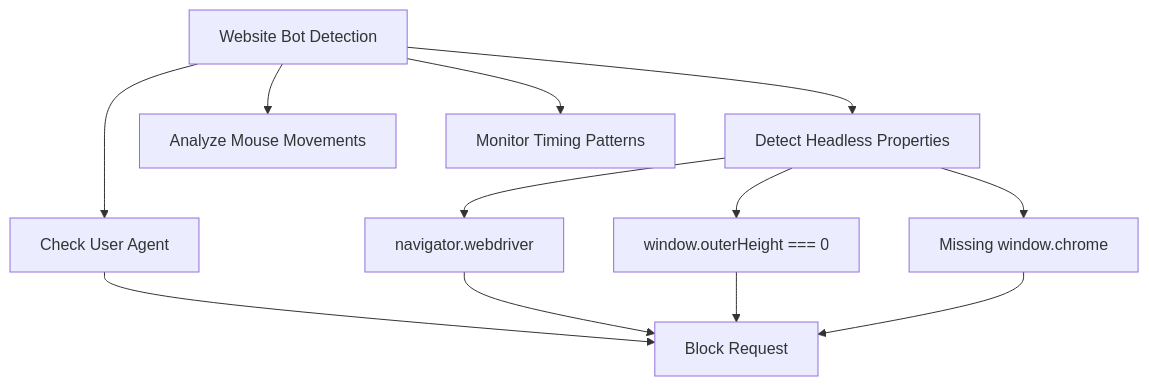
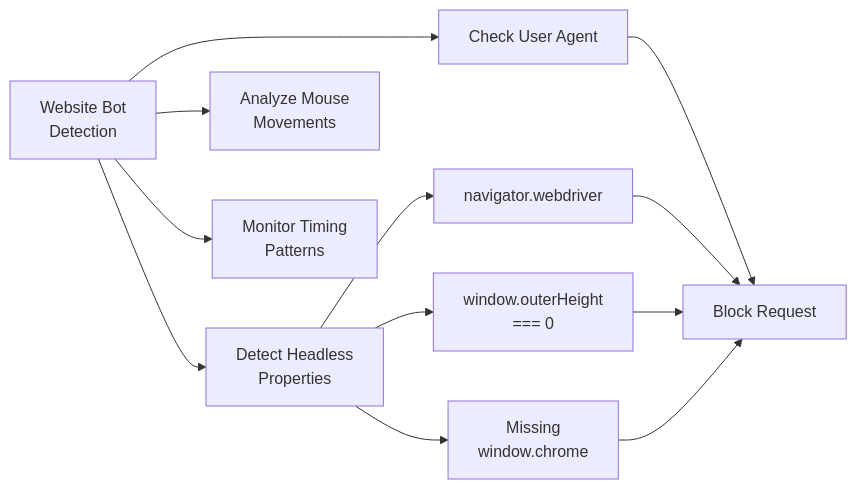
The second of 3 diagrams in _posts/2025-05-11-headless-vs-headed-browser-automation.md (bytetunnels/bytetunnels.github.com), drawn with Mermaid before and after one commit. The commit also changed other lines of this file and 118 other files, not shown here.

Commit message:
feat: improve diagram styling and compact wide flowcharts

````diff
--- a/_posts/2025-05-11-headless-vs-headed-browser-automation.md
+++ b/_posts/2025-05-11-headless-vs-headed-browser-automation.md
@@ -123,16 +123,16 @@
 ```mermaid
-flowchart TD
-    A[Website Bot Detection] --> B[Check User Agent]
-    A --> C[Detect Headless Properties]
-    A --> D[Analyze Mouse Movements]
-    A --> E[Monitor Timing Patterns]
-    
+flowchart LR
+    A["Website Bot<br/>Detection"] --> B[Check User Agent]
+    A --> C["Detect Headless<br/>Properties"]
+    A --> D["Analyze Mouse<br/>Movements"]
+    A --> E["Monitor Timing<br/>Patterns"]
+
     C --> F[navigator.webdriver]
-    C --> G[window.outerHeight === 0]
-    C --> H[Missing window.chrome]
-    
+    C --> G["window.outerHeight<br/>=== 0"]
+    C --> H["Missing<br/>window.chrome"]
+
     B --> I[Block Request]
     F --> I
     G --> I
     H --> I
 ```
````
